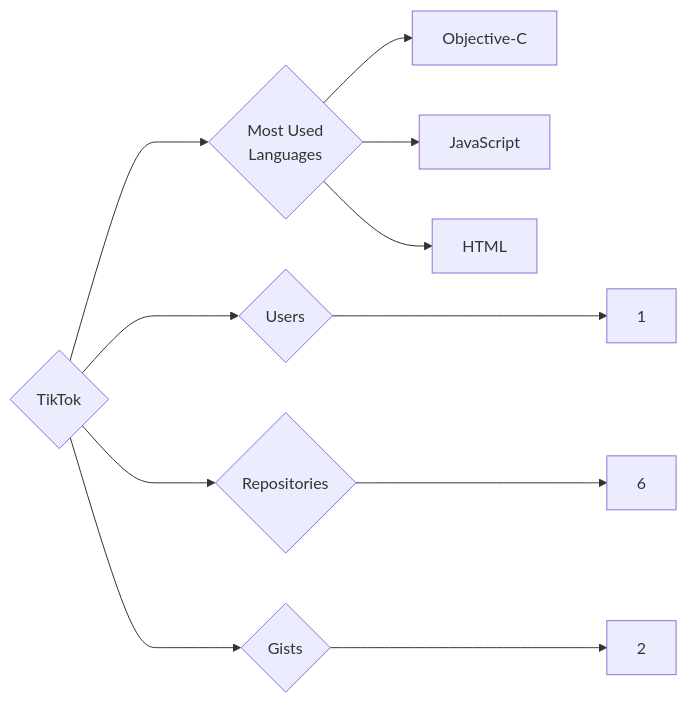
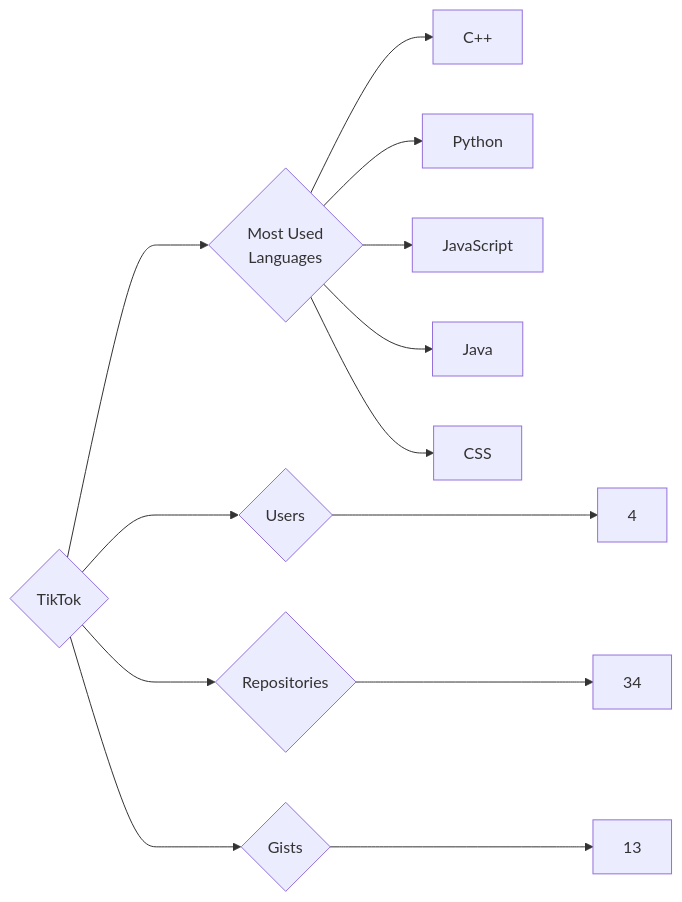
Before and after one commit to trickest/insiders: the diagram in targets/TikTok/README.md, drawn with Mermaid. The commit also changed 715 other files, not shown here.

````diff
--- a/targets/TikTok/README.md
+++ b/targets/TikTok/README.md
@@ -3,11 +3,13 @@
 ```mermaid
 graph LR
 COMPANY_NAME{TikTok}
-COMPANY_NAME ---> U{Users} ---> UN[1]
-COMPANY_NAME ---> R{Repositories} ---> RN[6]
-COMPANY_NAME ---> G{Gists} ---> GN[2]
+COMPANY_NAME ---> U{Users} ---> UN[4]
+COMPANY_NAME ---> R{Repositories} ---> RN[34]
+COMPANY_NAME ---> G{Gists} ---> GN[13]
 COMPANY_NAME ---> ML{Most Used<br>Languages}
-ML --> Objective-C[Objective-C]
+ML --> C++[C++]
+ML --> Python[Python]
 ML --> JavaScript[JavaScript]
-ML --> HTML[HTML]
+ML --> Java[Java]
+ML --> CSS[CSS]
 ```
````
